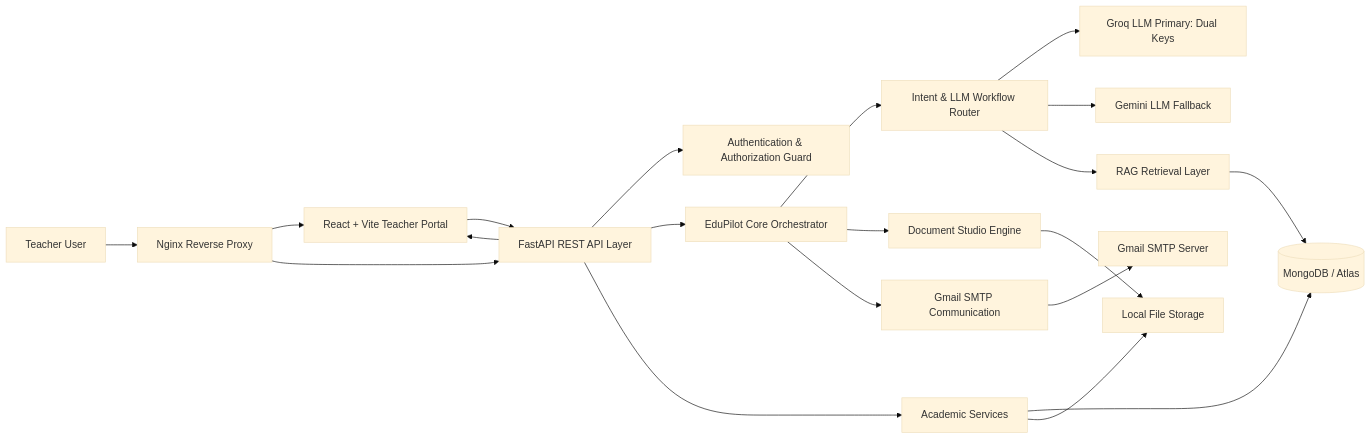
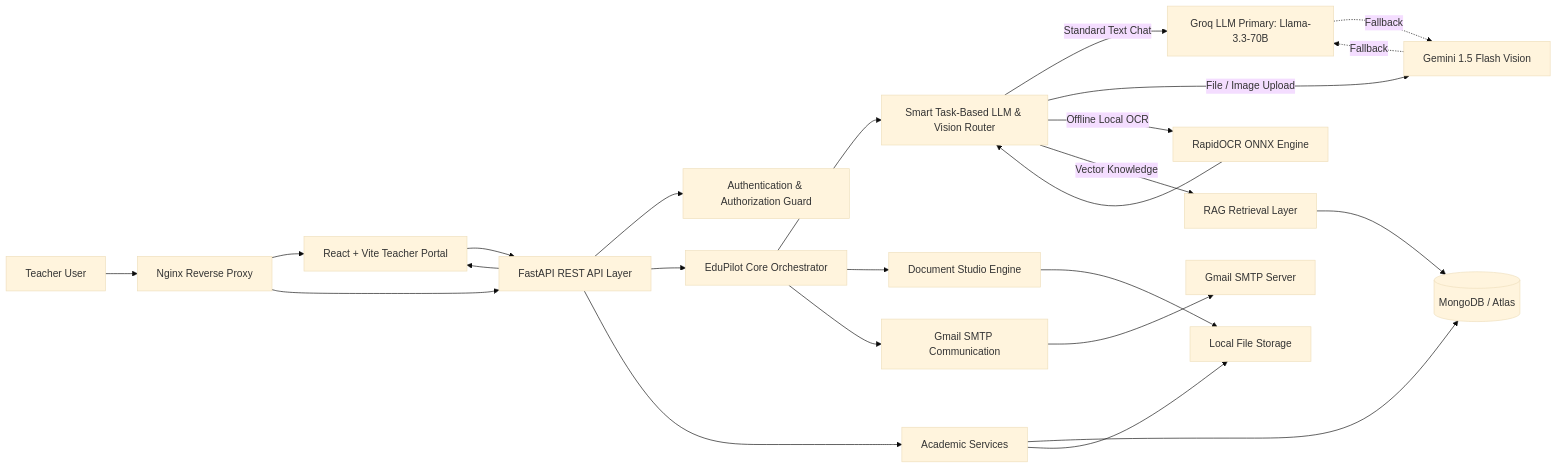
One commit to Babin123456/EduPilot-AI changed the first of 3 diagrams in ARCHITECTURE.md. Above: the diagram before and after it, drawn with Mermaid (base theme). The commit also changed 33 other files, not shown here.

Commit message:
feat(ai): integrate RapidOCR, Smart Model Router, and update project documentation

````diff
--- a/ARCHITECTURE.md
+++ b/ARCHITECTURE.md
@@ -22,30 +22,35 @@
 ```mermaid
 flowchart LR
     T[Teacher User] --> NGINX[Nginx Reverse Proxy]
     NGINX --> FE[React + Vite Teacher Portal]
     NGINX --> API[FastAPI REST API Layer]
 
     FE --> API
 
     API --> AUTH[Authentication & Authorization Guard]
     API --> CORE[EduPilot Core Orchestrator]
     API --> SERVICES[Academic Services]
 
     SERVICES --> DB[(MongoDB / Atlas)]
     SERVICES --> STORE[Local File Storage]
 
-    CORE --> ROUTER[Intent & LLM Workflow Router]
-    ROUTER --> GROQ[Groq LLM Primary: Dual Keys]
-    ROUTER --> GEMINI[Gemini LLM Fallback]
-    ROUTER --> RAG[RAG Retrieval Layer]
+    CORE --> ROUTER[Smart Task-Based LLM & Vision Router]
+    ROUTER -->|Standard Text Chat| GROQ[Groq LLM Primary: Llama-3.3-70B]
+    ROUTER -->|File / Image Upload| GEMINI[Gemini 1.5 Flash Vision]
+    ROUTER -->|Offline Local OCR| OCR[RapidOCR ONNX Engine]
+    ROUTER -->|Vector Knowledge| RAG[RAG Retrieval Layer]
+
+    GROQ -.->|Fallback| GEMINI
+    GEMINI -.->|Fallback| GROQ
+    OCR --> ROUTER
 
     RAG --> DB
 
     CORE --> DOC[Document Studio Engine]
     CORE --> COMM[Gmail SMTP Communication]
 
     DOC --> STORE
     COMM --> MAIL[Gmail SMTP Server]
 
     API --> FE
 ```
````
